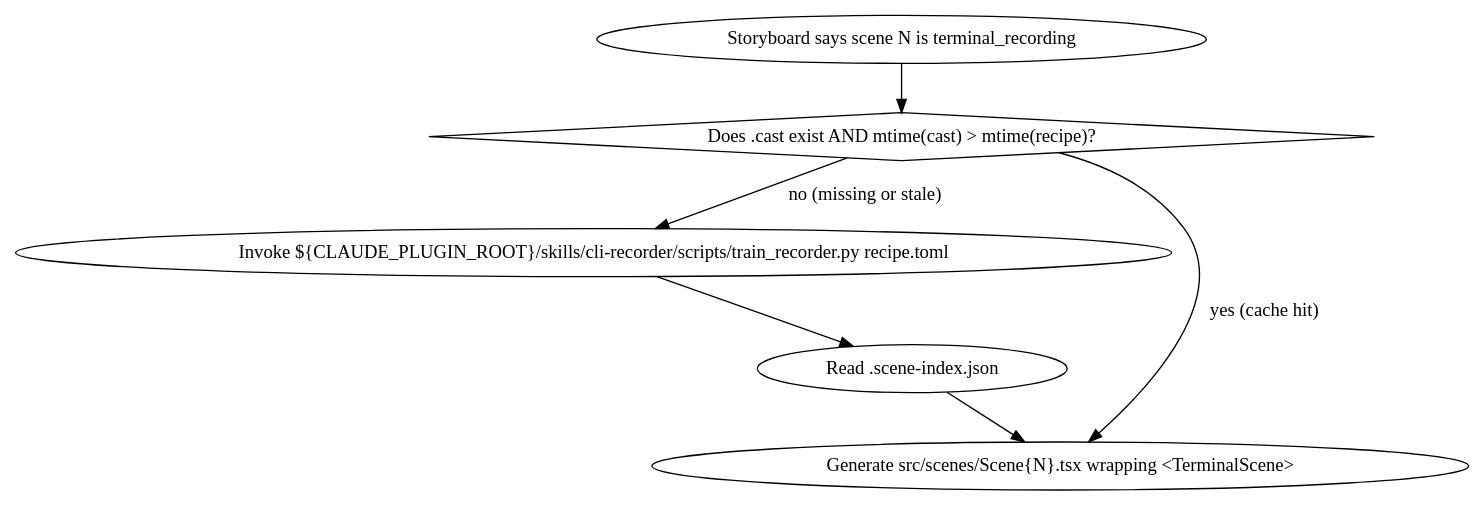
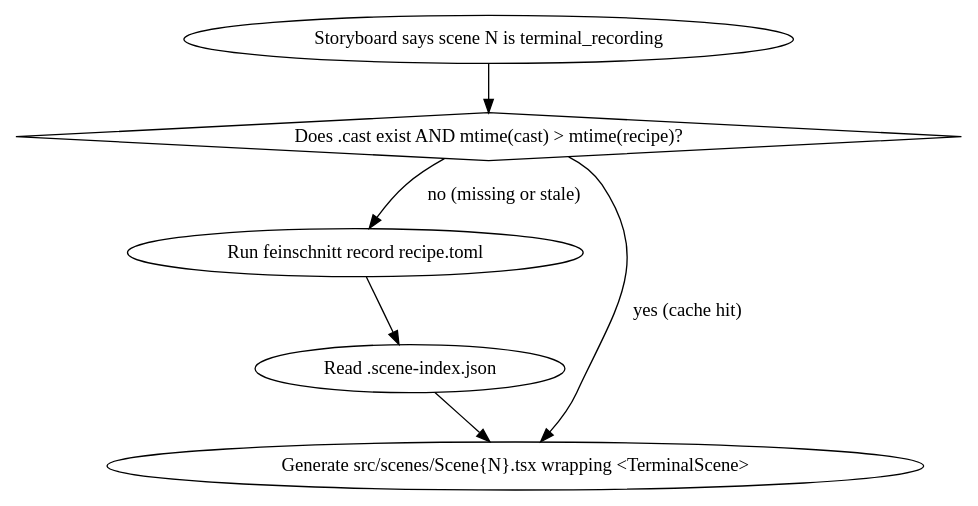
Before and after one commit to marsmike/feinschliff: the diagram in feinschnitt/skills/remotion/references/terminal-recording-scene-type.md, drawn with Graphviz. The commit also changed other lines of this file and 3 other files, not shown here.

Commit message:
refactor(feinschnitt): point remotion docs at feinschnitt record/analyze

````diff
--- a/feinschnitt/skills/remotion/references/terminal-recording-scene-type.md
+++ b/feinschnitt/skills/remotion/references/terminal-recording-scene-type.md
@@ -75,15 +75,15 @@
 ```dot
 digraph build_terminal_scene {
   rankdir=TB;
   start [label="Storyboard says scene N is terminal_recording"];
   check [label="Does .cast exist AND mtime(cast) > mtime(recipe)?", shape=diamond];
-  invoke [label="Invoke ${CLAUDE_PLUGIN_ROOT}/skills/cli-recorder/scripts/train_recorder.py recipe.toml"];
+  invoke [label="Run feinschnitt record recipe.toml"];
   parsed [label="Read .scene-index.json"];
   emit [label="Generate src/scenes/Scene{N}.tsx wrapping <TerminalScene>"];
   start -> check;
   check -> emit [label="yes (cache hit)"];
   check -> invoke [label="no (missing or stale)"];
   invoke -> parsed;
   parsed -> emit;
 }
 ```
````
